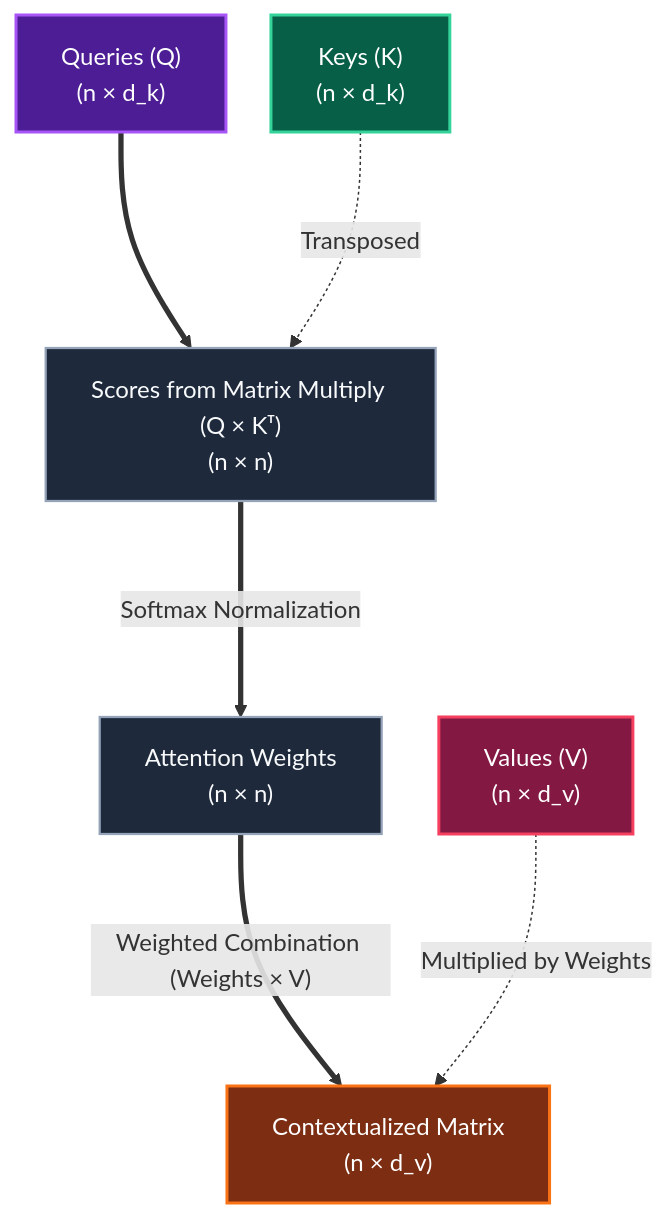
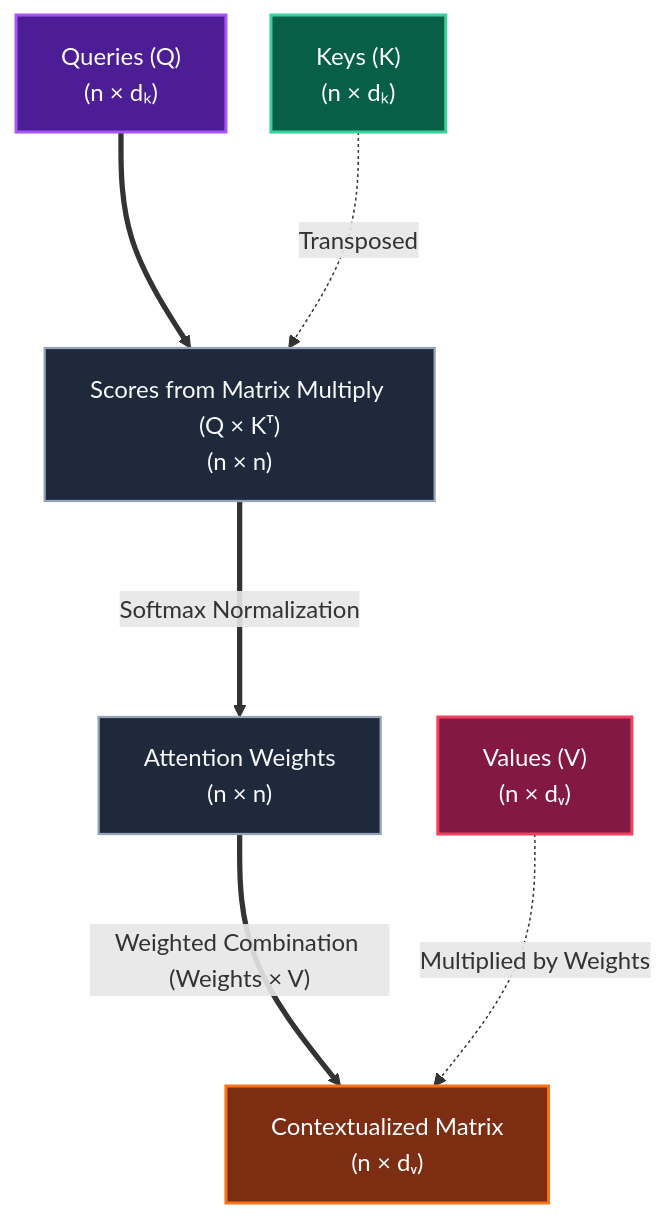
One commit to namtiw/namtiw.github.io changed the fourth of 5 diagrams in _posts/2026-05-02-attention.md. Above: the diagram before and after it, drawn with Mermaid. The commit also changed other lines of this file and 3 other files, not shown here.

```diff
--- a/_posts/2026-05-02-attention.md
+++ b/_posts/2026-05-02-attention.md
@@ -309,32 +346,32 @@
 <pre class="mermaid">
 %%{init: {"flowchart": {"nodeSpacing": 30, "rankSpacing": 120}}}%%
 flowchart TD
-  Q["Queries (Q)<br/>(n × d_k)"]
-  K["Keys (K)<br/>(n × d_k)"]
-  V["Values (V)<br/>(n × d_v)"]
+  Q["Queries (Q)<br/>(n × dₖ)"]
+  K["Keys (K)<br/>(n × dₖ)"]
+  V["Values (V)<br/>(n × dᵥ)"]
 
   SCORE["Scores from Matrix Multiply (Q × Kᵀ)<br/>(n × n)"]
   ATTN_W["Attention Weights<br/>(n × n)"]
-  OUT["Contextualized Matrix<br/>(n × d_v)"]
+  OUT["Contextualized Matrix<br/>(n × dᵥ)"]
 
   Q ==> SCORE
   K -.->|"Transposed"| SCORE
   
   SCORE ==>|"Softmax Normalization"| ATTN_W
   
   ATTN_W ==>|"Weighted Combination (Weights × V)"| OUT
   V -.->|"Multiplied by Weights"| OUT
 
   %% Styling
   classDef queryMat fill:#4c1d95,stroke:#a855f7,stroke-width:2px,color:#fff
   classDef keyMat fill:#065f46,stroke:#34d399,stroke-width:2px,color:#fff
   classDef valueMat fill:#831843,stroke:#f43f5e,stroke-width:2px,color:#fff
   classDef interMat fill:#1e293b,stroke:#94a3b8,stroke-width:1.5px,color:#f8fafc
   classDef outMat fill:#7c2d12,stroke:#f97316,stroke-width:2px,color:#fff
 
   class Q queryMat
   class K keyMat
   class V valueMat
   class SCORE,ATTN_W interMat
   class OUT outMat
 </pre>
```
